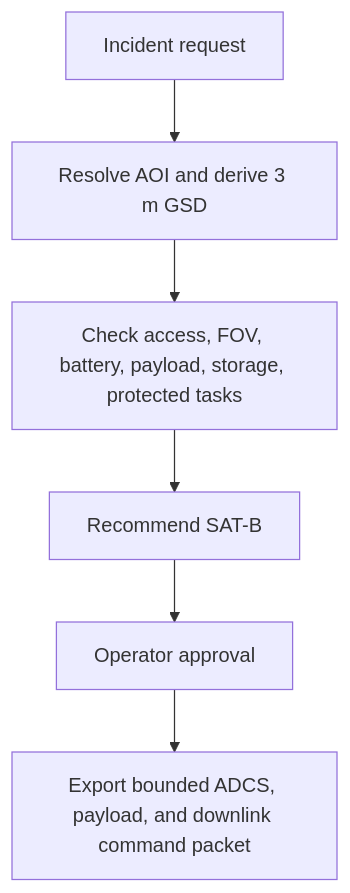
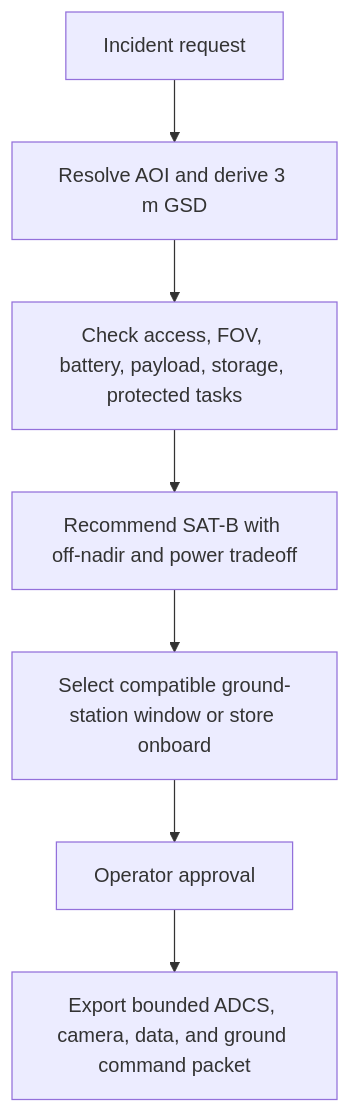
One commit to atlasforcn/innospace-demo changed the first of 2 diagrams in docs/expert-review-iteration.md. Above: the diagram before and after it, drawn with Mermaid. The commit also changed other lines of this file and 18 other files, not shown here.

````diff
--- a/docs/expert-review-iteration.md
+++ b/docs/expert-review-iteration.md
@@ -37,8 +53,9 @@
 ```mermaid
 flowchart TD
   A["Incident request"] --> B["Resolve AOI and derive 3 m GSD"]
   B --> C["Check access, FOV, battery, payload, storage, protected tasks"]
-  C --> D["Recommend SAT-B"]
-  D --> E["Operator approval"]
-  E --> F["Export bounded ADCS, payload, and downlink command packet"]
+  C --> D["Recommend SAT-B with off-nadir and power tradeoff"]
+  D --> E["Select compatible ground-station window or store onboard"]
+  E --> F["Operator approval"]
+  F --> G["Export bounded ADCS, camera, data, and ground command packet"]
 ```
````
